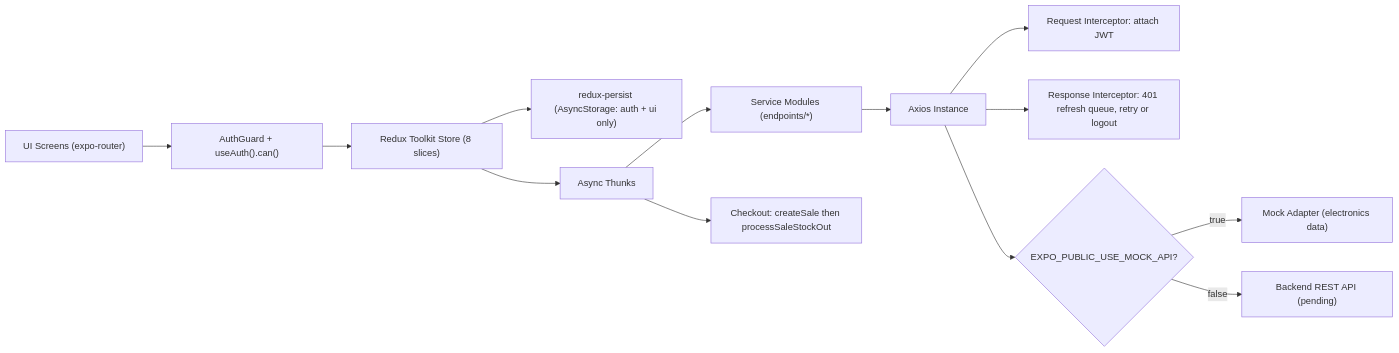
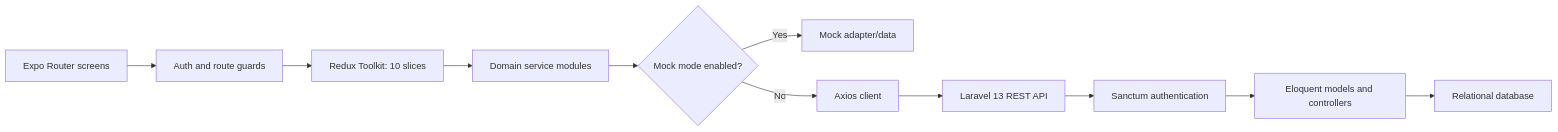
Before and after one commit to ifham-mohamed/ifham.dev: the first of 2 diagrams in docs/projects/x-pos.md, drawn with Mermaid. The commit also changed other lines of this file and 17 other files, not shown here.

````diff
--- a/docs/projects/x-pos.md
+++ b/docs/projects/x-pos.md
@@ -56,15 +51,13 @@
 ```mermaid
 flowchart LR
-  A["UI Screens (expo-router)"] --> B["AuthGuard + useAuth().can()"]
-  B --> C["Redux Toolkit Store (8 slices)"]
-  C --> D["redux-persist (AsyncStorage: auth + ui only)"]
-  C --> E["Async Thunks"]
-  E --> F["Service Modules (endpoints/*)"]
-  F --> G["Axios Instance"]
-  G --> H["Request Interceptor: attach JWT"]
-  G --> I["Response Interceptor: 401 refresh queue, retry or logout"]
-  G --> J{"EXPO_PUBLIC_USE_MOCK_API?"}
-  J -->|"true"| K["Mock Adapter (electronics data)"]
-  J -->|"false"| L["Backend REST API (pending)"]
-  E --> M["Checkout: createSale then processSaleStockOut"]
+    UI["Expo Router screens"] --> AG["Auth and route guards"]
+    AG --> RTK["Redux Toolkit: 10 slices"]
+    RTK --> SVC["Domain service modules"]
+    SVC --> SEL{"Mock mode enabled?"}
+    SEL -->|Yes| MOCK["Mock adapter/data"]
+    SEL -->|No| AX["Axios client"]
+    AX --> API["Laravel 13 REST API"]
+    API --> SAN["Sanctum authentication"]
+    SAN --> MOD["Eloquent models and controllers"]
+    MOD --> DB["Relational database"]
 ```
````
